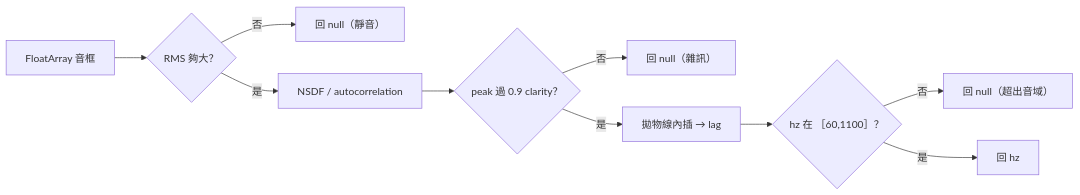
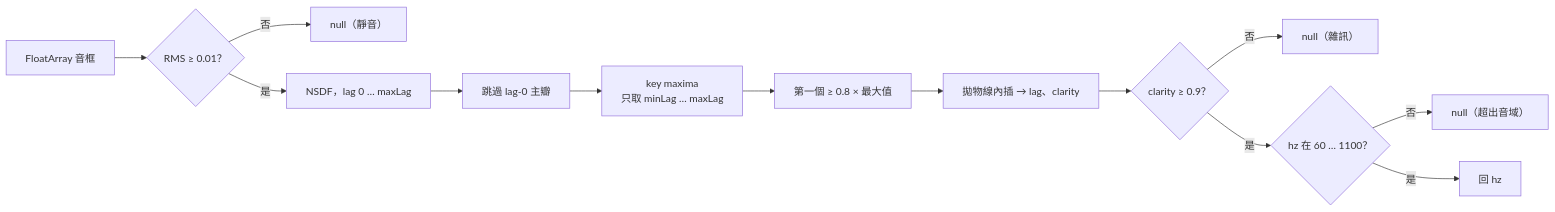
Before and after one commit to ue0705/music_app: the first of 2 diagrams in docs/arc42/08_crosscutting_concepts.md, drawn with Mermaid. The commit also changed other lines of this file and 23 other files, not shown here.

````diff
--- a/docs/arc42/08_crosscutting_concepts.md
+++ b/docs/arc42/08_crosscutting_concepts.md
@@ -27,12 +41,15 @@
 ```mermaid
 graph LR
-  S["FloatArray 音框"] --> R{"RMS 夠大？"}
-  R -->|"否"| N1["回 null（靜音）"]
-  R -->|"是"| NSDF["NSDF / autocorrelation"]
-  NSDF --> PK{"peak 過 0.9 clarity？"}
-  PK -->|"否"| N2["回 null（雜訊）"]
-  PK -->|"是"| INT["拋物線內插 → lag"]
-  INT --> HZ{"hz 在 ［60,1100］？"}
-  HZ -->|"否"| N3["回 null（超出音域）"]
+  S["FloatArray 音框"] --> R{"RMS ≥ 0.01？"}
+  R -->|"否"| N1["null（靜音）"]
+  R -->|"是"| NSDF["NSDF，lag 0 … maxLag"]
+  NSDF --> SKIP["跳過 lag-0 主瓣"]
+  SKIP --> KM["key maxima <br/> 只取 minLag … maxLag"]
+  KM --> PICK["第一個 ≥ 0.8 × 最大值"]
+  PICK --> INT["拋物線內插 → lag、clarity"]
+  INT --> C{"clarity ≥ 0.9？"}
+  C -->|"否"| N2["null（雜訊）"]
+  C -->|"是"| HZ{"hz 在 60 … 1100？"}
+  HZ -->|"否"| N3["null（超出音域）"]
   HZ -->|"是"| OUT["回 hz"]
 ```
````
